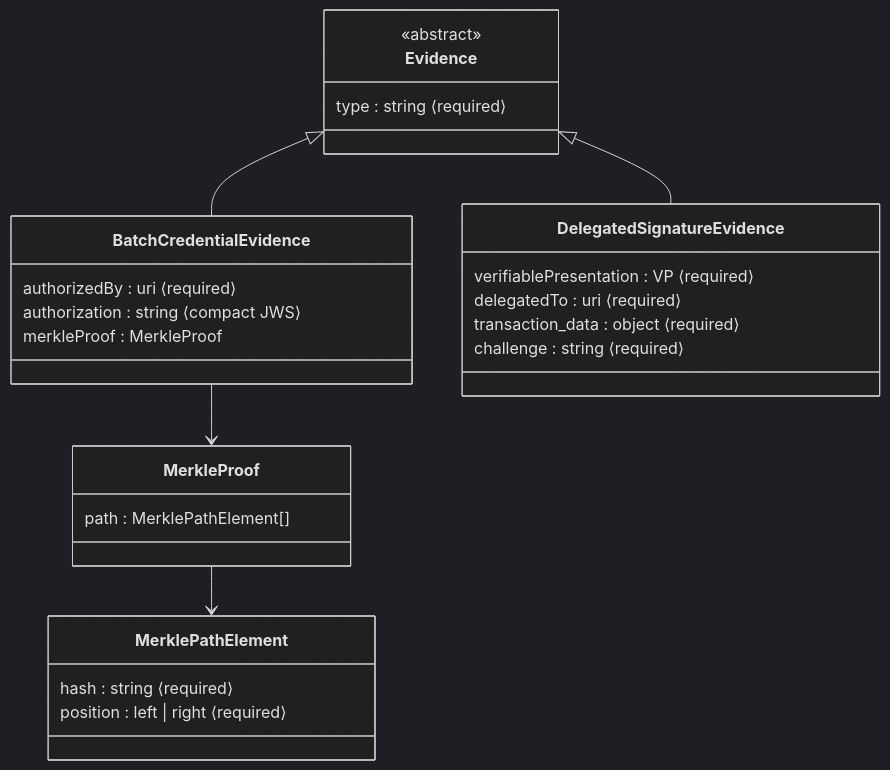
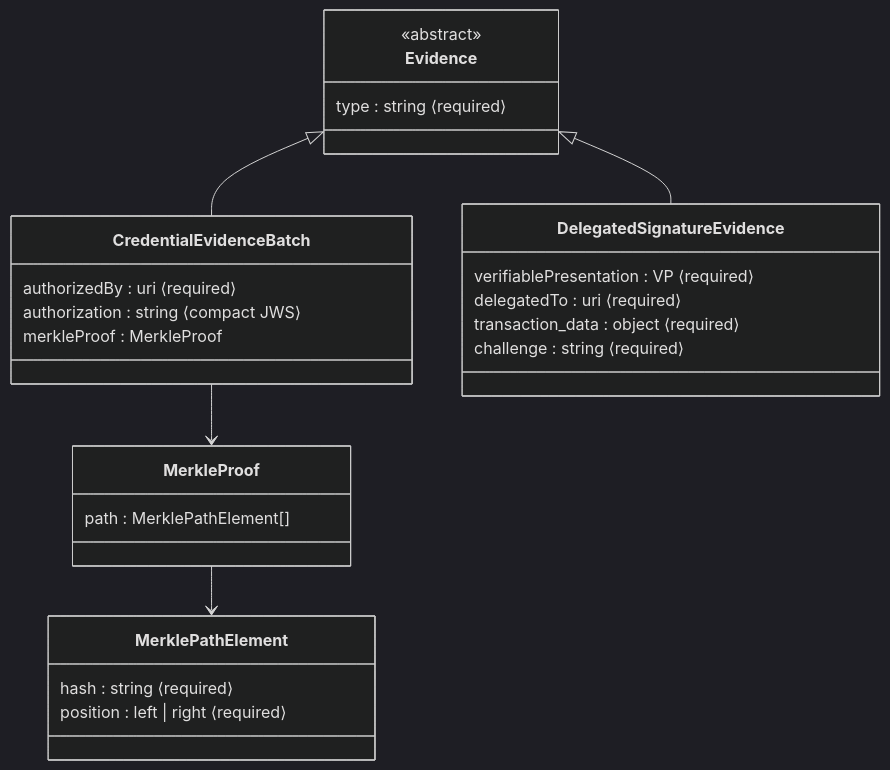
Before and after one commit to reachhaven/harbour-credentials: the third of 8 diagrams in docs/schema/credential-model.md, drawn with Mermaid (dark theme). The commit also changed other lines of this file and 26 other files, not shown here.

First line of the commit message:
refactor(evidence)!: rename BatchCredentialEvidence to CredentialEvidenceBatch

````diff
--- a/docs/schema/credential-model.md
+++ b/docs/schema/credential-model.md
@@ -121,34 +121,34 @@
 ```mermaid
 classDiagram
     class Evidence {
         <<abstract>>
         type : string ⟨required⟩
     }
 
-    class BatchCredentialEvidence {
+    class CredentialEvidenceBatch {
         authorizedBy : uri ⟨required⟩
         authorization : string ⟨compact JWS⟩
         merkleProof : MerkleProof
     }
 
     class MerkleProof {
         path : MerklePathElement[]
     }
 
     class MerklePathElement {
         hash : string ⟨required⟩
         position : left | right ⟨required⟩
     }
 
     class DelegatedSignatureEvidence {
         verifiablePresentation : VP ⟨required⟩
         delegatedTo : uri ⟨required⟩
         transaction_data : object ⟨required⟩
         challenge : string ⟨required⟩
     }
 
-    Evidence <|-- BatchCredentialEvidence
+    Evidence <|-- CredentialEvidenceBatch
     Evidence <|-- DelegatedSignatureEvidence
-    BatchCredentialEvidence --> MerkleProof
+    CredentialEvidenceBatch --> MerkleProof
     MerkleProof --> MerklePathElement
 ```
````
